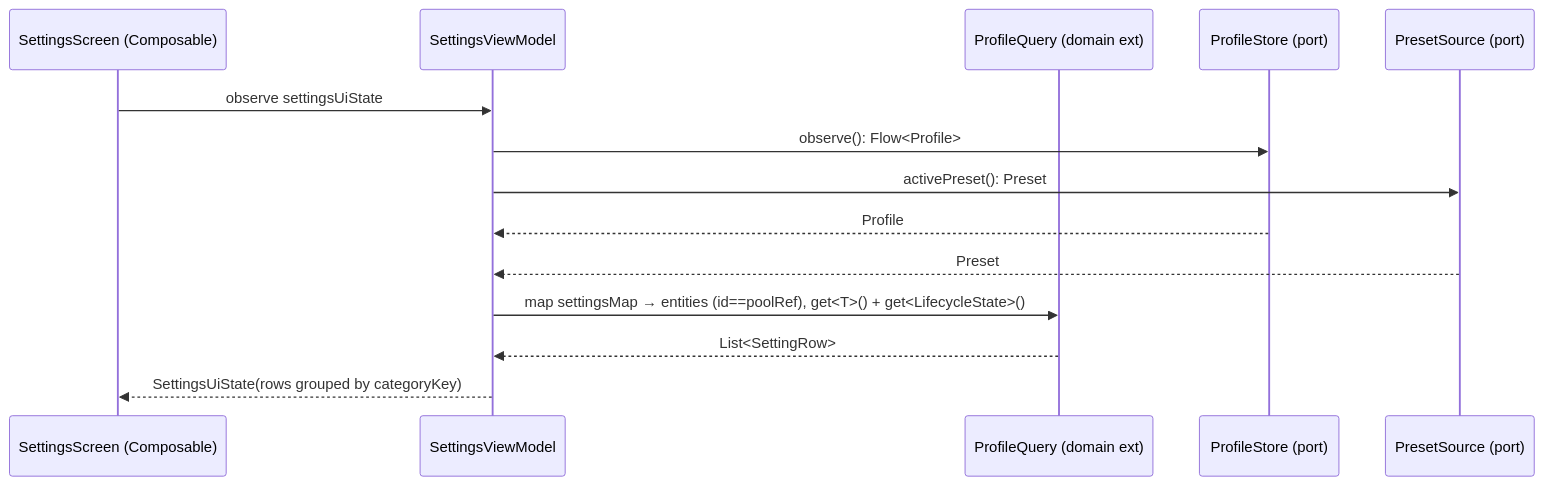
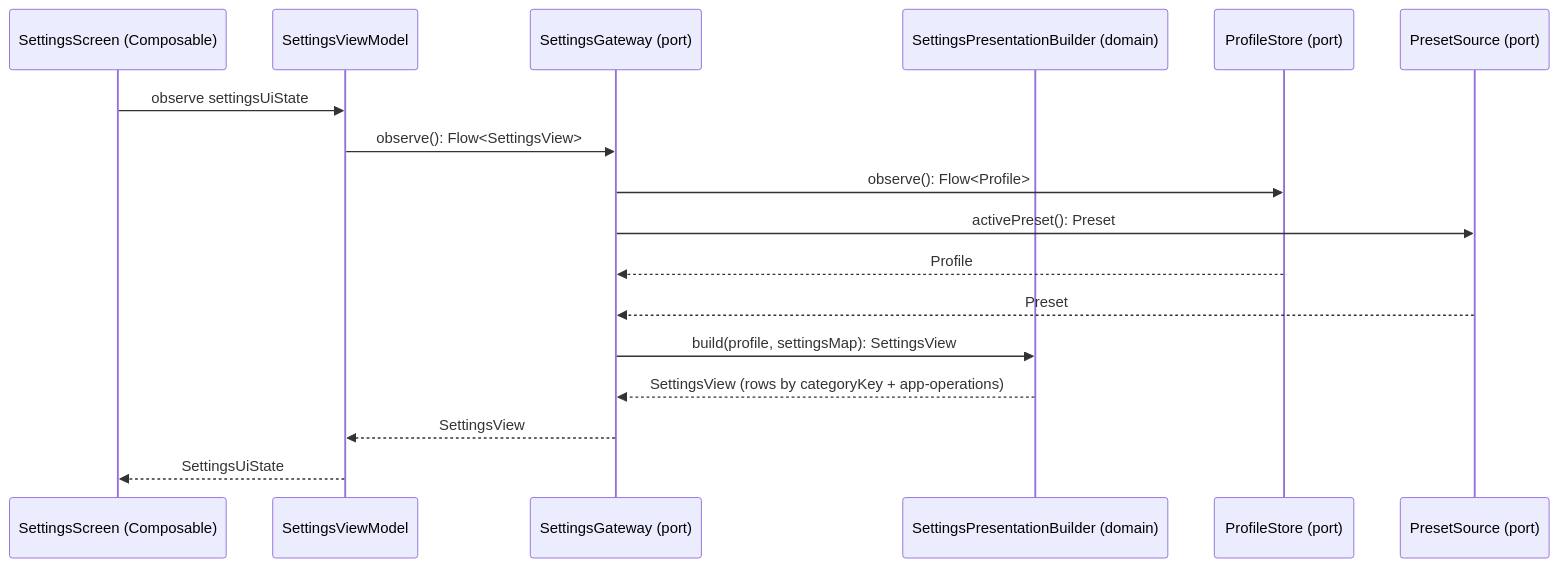
One commit to jeromwork/launcher changed the second of 8 diagrams in specs/task-69-settings-as-profile-view/spec.md. Above: the diagram before and after it, drawn with Mermaid. The commit also changed other lines of this file, not shown here.

First line of the commit message:
TASK-69 spec: SettingsGateway seam + point model to ecs.md (pre-plan)

````diff
--- a/specs/task-69-settings-as-profile-view/spec.md
+++ b/specs/task-69-settings-as-profile-view/spec.md
@@ -143,16 +142,19 @@
 ```mermaid
 sequenceDiagram
   participant UI as SettingsScreen (Composable)
   participant VM as SettingsViewModel
-  participant Q as ProfileQuery (domain ext)
+  participant GW as SettingsGateway (port)
+  participant B as SettingsPresentationBuilder (domain)
   participant PS as ProfileStore (port)
   participant PR as PresetSource (port)
   UI->>VM: observe settingsUiState
-  VM->>PS: observe(): Flow<Profile>
-  VM->>PR: activePreset(): Preset
-  PS-->>VM: Profile
-  PR-->>VM: Preset
-  VM->>Q: map settingsMap → entities (id==poolRef), get<T>() + get<LifecycleState>()
-  Q-->>VM: List<SettingRow>
-  VM-->>UI: SettingsUiState(rows grouped by categoryKey)
+  VM->>GW: observe(): Flow<SettingsView>
+  GW->>PS: observe(): Flow<Profile>
+  GW->>PR: activePreset(): Preset
+  PS-->>GW: Profile
+  PR-->>GW: Preset
+  GW->>B: build(profile, settingsMap): SettingsView
+  B-->>GW: SettingsView (rows by categoryKey + app-operations)
+  GW-->>VM: SettingsView
+  VM-->>UI: SettingsUiState
 ```
````
